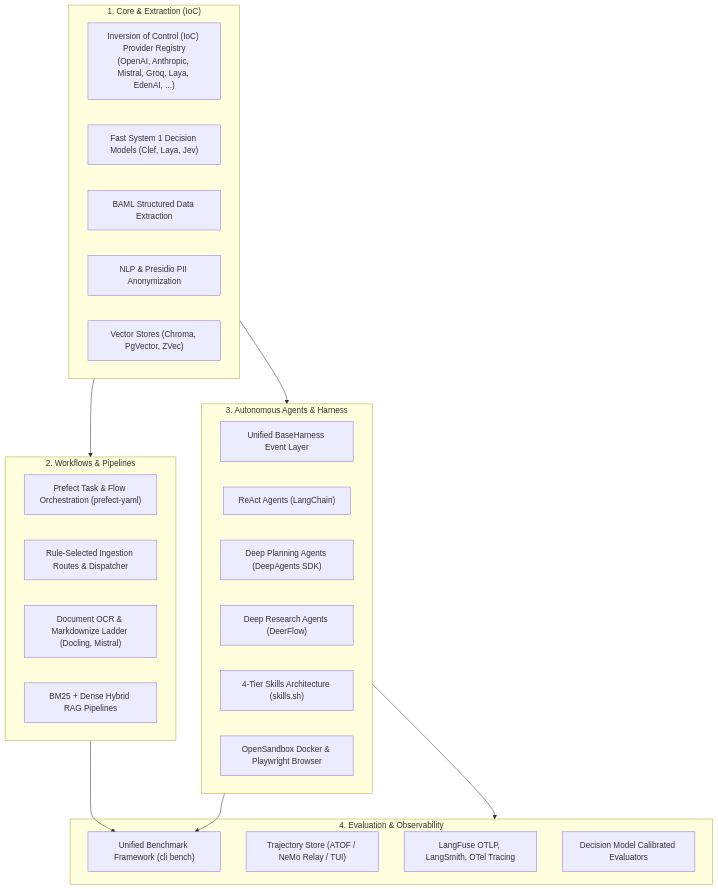
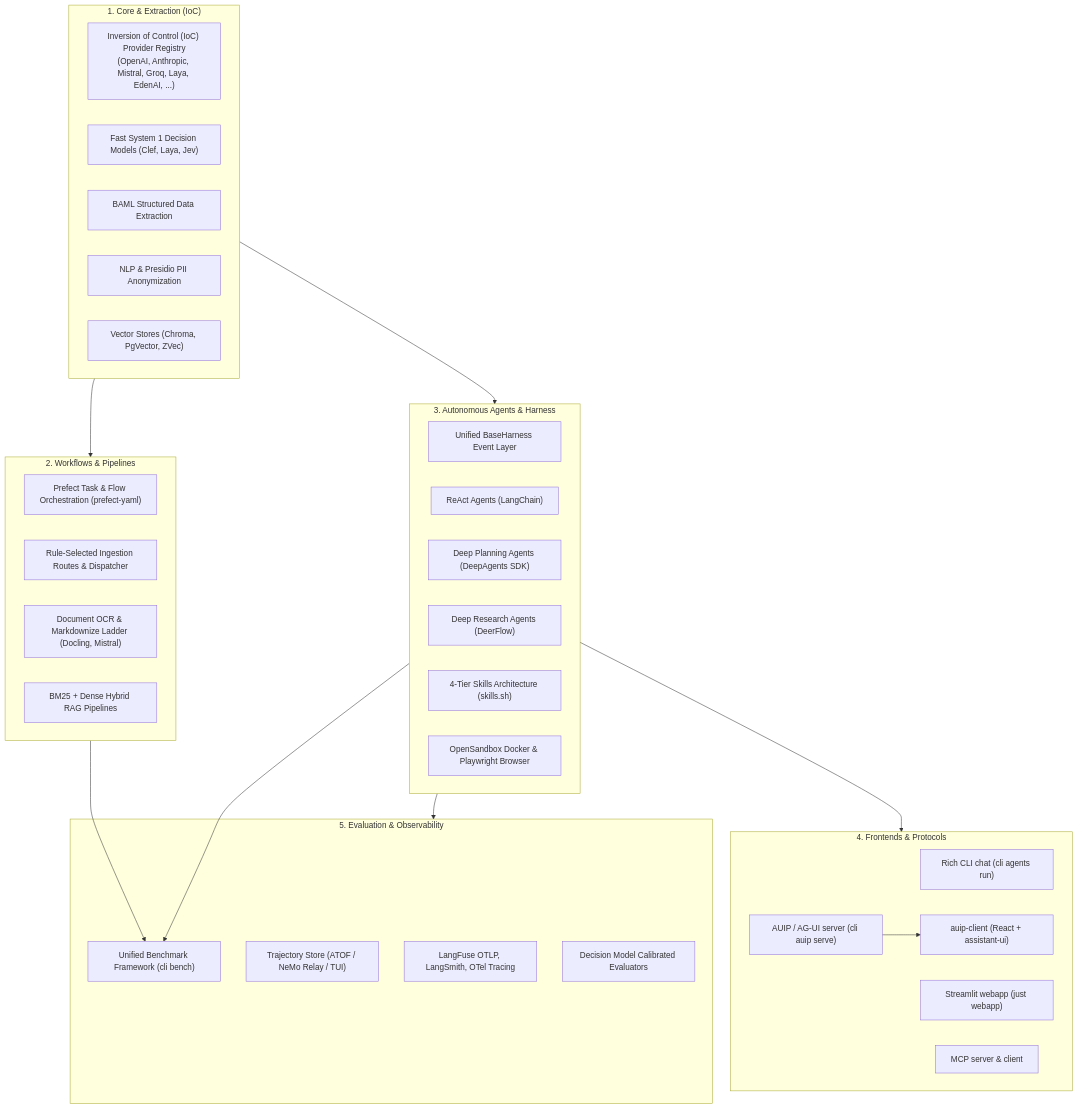
Before and after one commit to tclatos/genai-tk: the diagram in README.md, drawn with Mermaid. The commit also changed other lines of this file and 2 other files, not shown here.

Commit message:
README: refresh structure, capabilities, and document the two web UIs (Streamlit, AUIP)

````diff
--- a/README.md
+++ b/README.md
@@ -14,39 +14,49 @@
 ```mermaid
 flowchart TD
     subgraph Core["1. Core & Extraction (IoC)"]
         LLM["Inversion of Control (IoC) Provider Registry<br/>(OpenAI, Anthropic, Mistral, Groq, Laya, EdenAI, ...)"]
         DECIDE["Fast System 1 Decision Models (Clef, Laya, Jev)"]
         BAML["BAML Structured Data Extraction"]
         NLP["NLP & Presidio PII Anonymization"]
         VEC["Vector Stores (Chroma, PgVector, ZVec)"]
     end
 
     subgraph Orchestration["2. Workflows & Pipelines"]
         PREF["Prefect Task & Flow Orchestration (prefect-yaml)"]
         DSL["Rule-Selected Ingestion Routes & Dispatcher"]
         DOC["Document OCR & Markdownize Ladder (Docling, Mistral)"]
         RAG["BM25 + Dense Hybrid RAG Pipelines"]
     end
 
     subgraph Agentic["3. Autonomous Agents & Harness"]
         HARNESS["Unified BaseHarness Event Layer"]
         REACT["ReAct Agents (LangChain)"]
         DEEP["Deep Planning Agents (DeepAgents SDK)"]
         DEER["Deep Research Agents (DeerFlow)"]
         SKILLS["4-Tier Skills Architecture (skills.sh)"]
         SANDBOX["OpenSandbox Docker & Playwright Browser"]
     end
 
-    subgraph Observability["4. Evaluation & Observability"]
+    subgraph Frontends["4. Frontends & Protocols"]
+        CLIUI["Rich CLI chat (cli agents run)"]
+        STUI["Streamlit webapp (just webapp)"]
+        AUIP["AUIP / AG-UI server (cli auip serve)"]
+        WEBC["auip-client (React + assistant-ui)"]
+        MCPS["MCP server & client"]
+    end
+
+    subgraph Observability["5. Evaluation & Observability"]
         BENCH["Unified Benchmark Framework (cli bench)"]
         TRAJ["Trajectory Store (ATOF / NeMo Relay / TUI)"]
         MON["LangFuse OTLP, LangSmith, OTel Tracing"]
         EVALS["Decision Model Calibrated Evaluators"]
     end
 
     Core --> Orchestration
     Core --> Agentic
     Orchestration --> BENCH
     Agentic --> BENCH
+    Agentic --> Frontends
+    AUIP --> WEBC
     Agentic --> Observability
 ```
````
